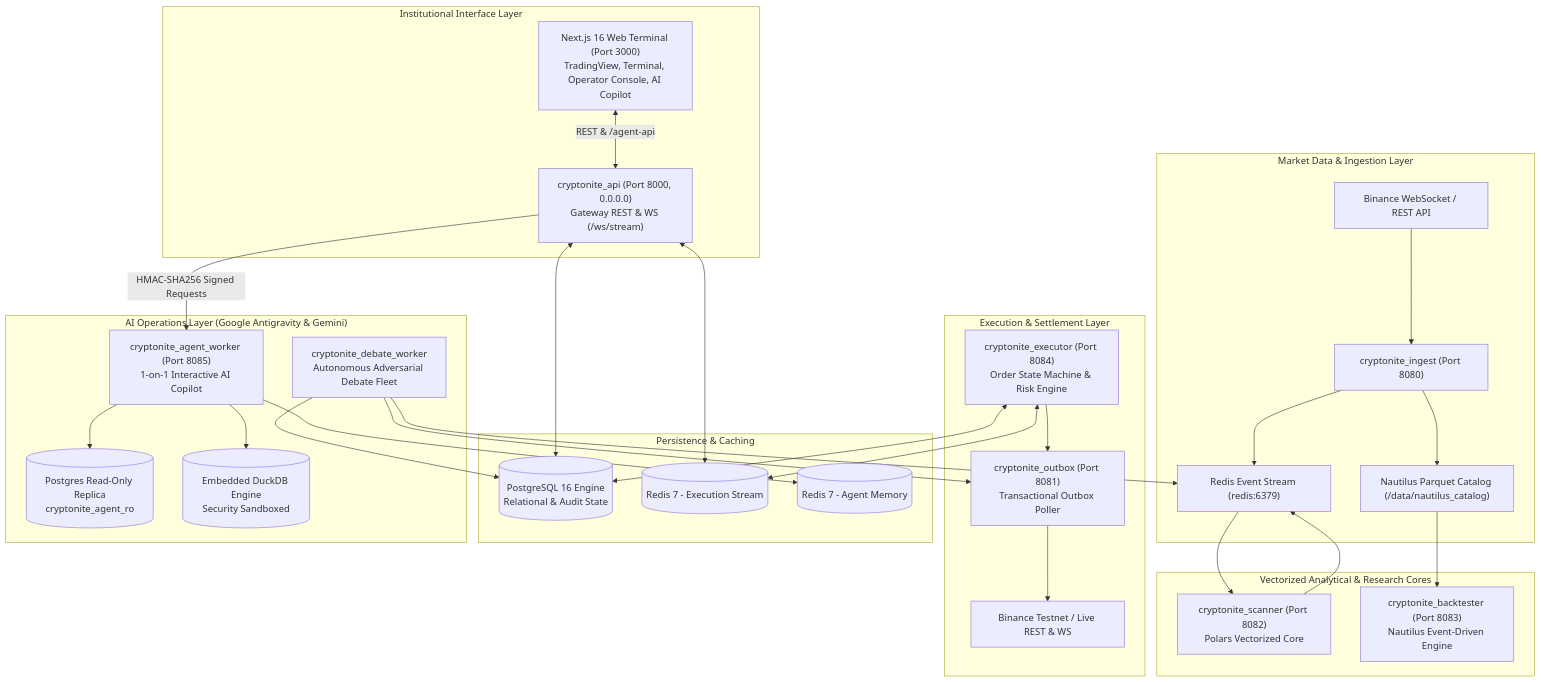
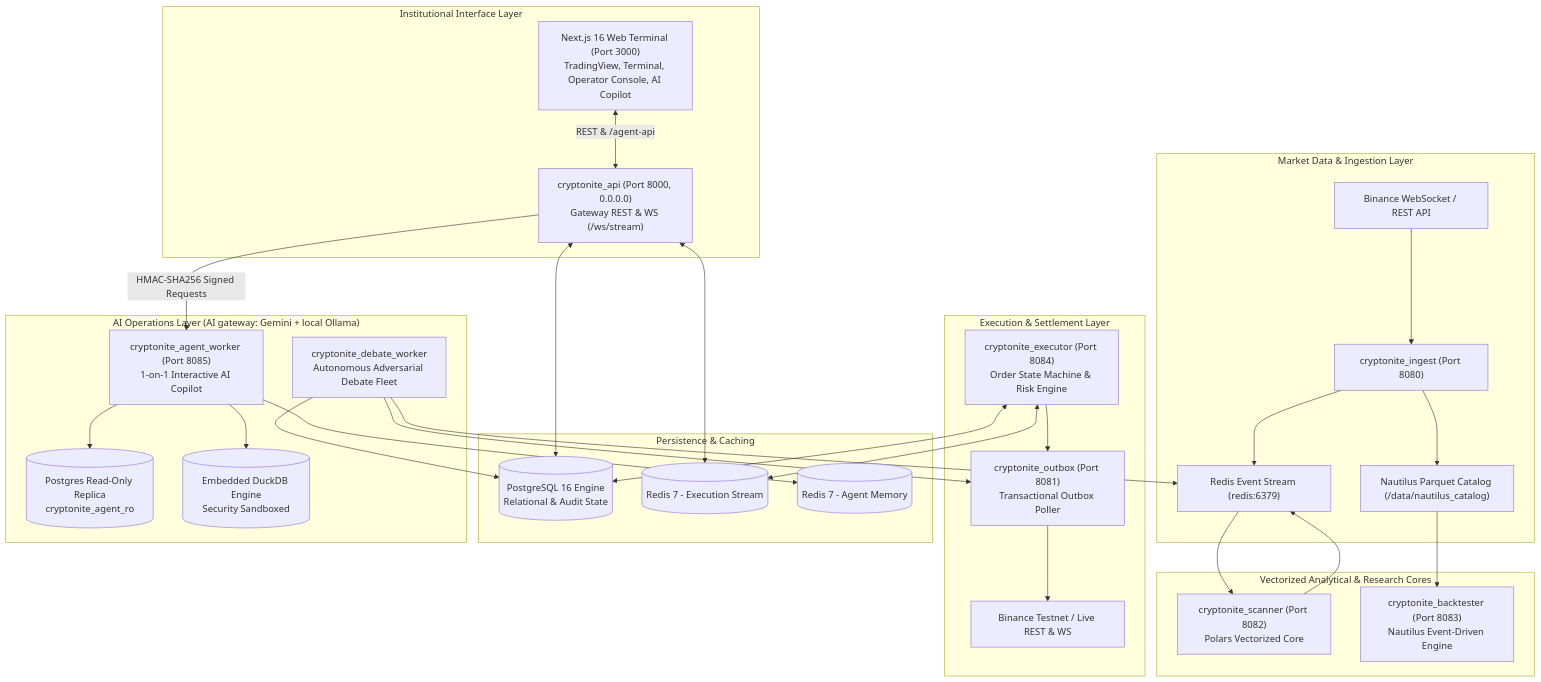
The first of 2 diagrams in README.md (sayegh9/cryptonite), drawn with Mermaid before and after one commit. The commit also changed other lines of this file and 11 other files, not shown here.

````diff
--- a/README.md
+++ b/README.md
@@ -25,50 +36,50 @@
 ```mermaid
 flowchart TB
     subgraph MarketData ["Market Data & Ingestion Layer"]
         BinanceWS["Binance WebSocket / REST API"] --> Ingest["cryptonite_ingest (Port 8080)"]
         Ingest --> ParquetCat["Nautilus Parquet Catalog (/data/nautilus_catalog)"]
         Ingest --> RedisPubSub["Redis Event Stream (redis:6379)"]
     end
 
     subgraph AnalyticalCores ["Vectorized Analytical & Research Cores"]
         RedisPubSub --> Scanner["cryptonite_scanner (Port 8082)<br/>Polars Vectorized Core"]
         ParquetCat --> Backtester["cryptonite_backtester (Port 8083)<br/>Nautilus Event-Driven Engine"]
     end
 
     subgraph ExecutionPlane ["Execution & Settlement Layer"]
         Executor["cryptonite_executor (Port 8084)<br/>Order State Machine & Risk Engine"]
         Outbox["cryptonite_outbox (Port 8081)<br/>Transactional Outbox Poller"]
         Executor --> Outbox
         Outbox --> BinanceLive["Binance Testnet / Live REST & WS"]
     end
 
     subgraph Persistence ["Persistence & Caching"]
         Postgres[(PostgreSQL 16 Engine<br/>Relational & Audit State)]
         RedisExec[(Redis 7 - Execution Stream)]
         RedisAgents[(Redis 7 - Agent Memory)]
     end
 
-    subgraph AIOperations ["AI Operations Layer (Google Antigravity & Gemini)"]
+    subgraph AIOperations ["AI Operations Layer (AI gateway: Gemini + local Ollama)"]
         AgentWorker["cryptonite_agent_worker (Port 8085)<br/>1-on-1 Interactive AI Copilot"]
         DebateWorker["cryptonite_debate_worker<br/>Autonomous Adversarial Debate Fleet"]
         AgentWorker --> PostgresRO[(Postgres Read-Only Replica<br/>cryptonite_agent_ro)]
         AgentWorker --> ParquetDuckDB[(Embedded DuckDB Engine<br/>Security Sandboxed)]
         AgentWorker --> RedisAgents
         DebateWorker --> RedisPubSub
         DebateWorker --> Postgres
         DebateWorker --> Outbox
     end
 
     subgraph Interface ["Institutional Interface Layer"]
         FastAPI["cryptonite_api (Port 8000, 0.0.0.0)<br/>Gateway REST & WS (/ws/stream)"]
         WebUI["Next.js 16 Web Terminal (Port 3000)<br/>TradingView, Terminal, Operator Console, AI Copilot"]
     end
 
     FastAPI <--> Postgres
     FastAPI <--> RedisExec
     WebUI <-->|REST & /agent-api| FastAPI
     FastAPI -->|HMAC-SHA256 Signed Requests| AgentWorker
     Executor <--> Postgres
     Executor <--> RedisExec
     Scanner --> RedisPubSub
 ```
````
